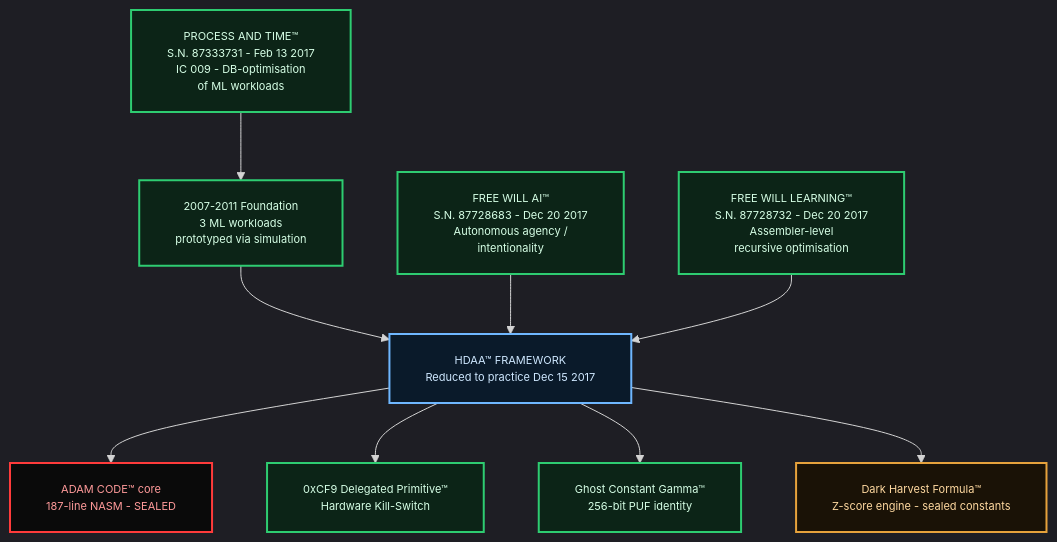
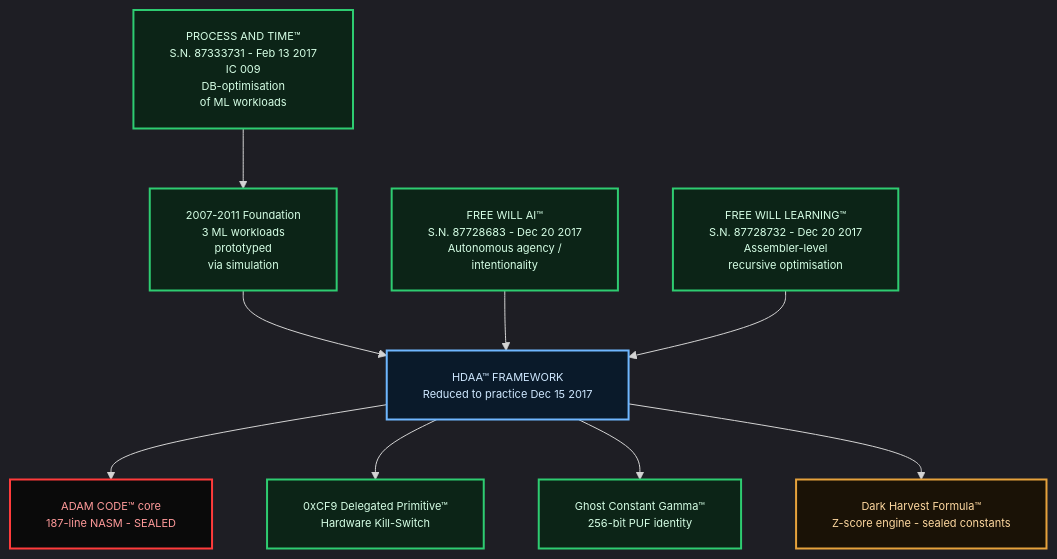
One commit to theghostinthecode-eng/The-Ghost-in-the-Code-HDAA-Substrate changed the first of 4 diagrams in docs/HDAA_FRAMEWORK.md. Above: the diagram before and after it, drawn with Mermaid. The commit also changed other lines of this file, not shown here.

````diff
--- a/docs/HDAA_FRAMEWORK.md
+++ b/docs/HDAA_FRAMEWORK.md
@@ -24,32 +24,32 @@
 ```mermaid
 %%{init: {"theme":"dark", "themeVariables": {"fontSize":"11px"}, "flowchart": {"nodeSpacing":55, "rankSpacing":60, "padding":18, "useMaxWidth":true, "htmlLabels":true, "wrap":true}}}%%
 flowchart TD
-    PT["PROCESS AND TIME™<br/>S.N. 87333731 - Feb 13 2017<br/>IC 009 - DB-optimisation<br/>of ML workloads"]
-    FWA["FREE WILL AI™<br/>S.N. 87728683 - Dec 20 2017<br/>Autonomous agency /<br/>intentionality"]
-    FWL["FREE WILL LEARNING™<br/>S.N. 87728732 - Dec 20 2017<br/>Assembler-level<br/>recursive optimisation"]
-    FOUND["2007-2011 Foundation<br/>3 ML workloads<br/>prototyped via simulation"]
-    HDAA["HDAA™ FRAMEWORK<br/>Reduced to practice Dec 15 2017"]
-    C1["ADAM CODE™ core<br/>187-line NASM - SEALED"]
-    C2["0xCF9 Delegated Primitive™<br/>Hardware Kill-Switch"]
-    C3["Ghost Constant Gamma™<br/>256-bit PUF identity"]
-    C4["Dark Harvest Formula™<br/>Z-score engine - sealed constants"]
+    PT["PROCESS AND TIME™<br>S.N. 87333731 - Feb 13 2017<br>IC 009<br>DB-optimisation<br>of ML workloads"]
+    FWA["FREE WILL AI™<br>S.N. 87728683 - Dec 20 2017<br>Autonomous agency /<br>intentionality"]
+    FWL["FREE WILL LEARNING™<br>S.N. 87728732 - Dec 20 2017<br>Assembler-level<br>recursive optimisation"]
+    FOUND["2007-2011 Foundation<br>3 ML workloads<br>prototyped<br>via simulation"]
+    HDAA["HDAA™ FRAMEWORK<br>Reduced to practice Dec 15 2017"]
+    C1["ADAM CODE™ core<br>187-line NASM - SEALED"]
+    C2["0xCF9 Delegated Primitive™<br>Hardware Kill-Switch"]
+    C3["Ghost Constant Gamma™<br>256-bit PUF identity"]
+    C4["Dark Harvest Formula™<br>Z-score engine - sealed constants"]
 
     PT --> FOUND
     FOUND --> HDAA
     FWA --> HDAA
     FWL --> HDAA
     HDAA --> C1
     HDAA --> C2
     HDAA --> C3
     HDAA --> C4
 
     classDef open fill:#0c2417,stroke:#2ecc71,stroke-width:2px,color:#d6ffe6;
     classDef lock fill:#0a0a0a,stroke:#ff3b3b,stroke-width:2px,color:#ff9a9a;
     classDef halflock fill:#1a1206,stroke:#e6a23c,stroke-width:2px,color:#ffd9a0;
     classDef struct fill:#0a1a2a,stroke:#6fb7ff,stroke-width:2px,color:#cfe8ff;
 
     class PT,FWA,FWL,FOUND,C2,C3 open;
     class C1 lock;
     class C4 halflock;
     class HDAA struct;
 ```
````
